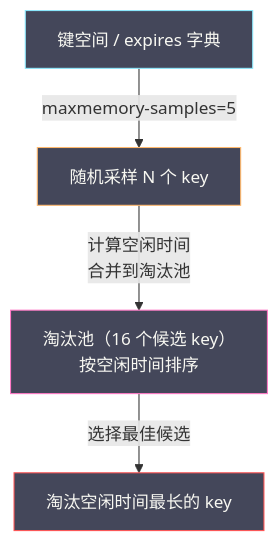
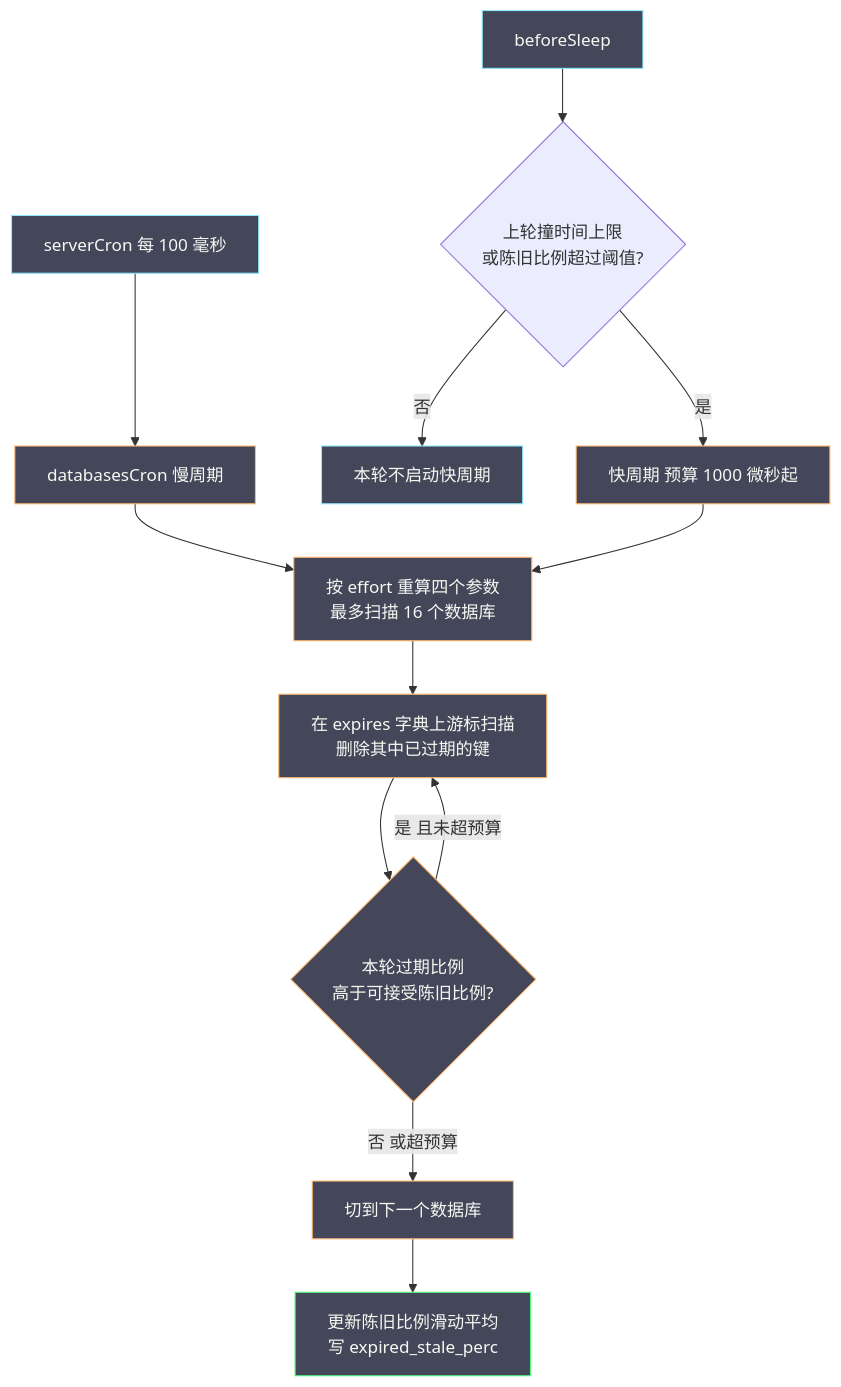
Before and after one commit to hpliStartAgain/my-brain: the sixth of 6 diagrams in content/中间件/Redis/Redis设计与实现/06 内存管理与过期淘汰策略.md, drawn with Mermaid. The commit also changed other lines of this file and 455 other files, not shown here.

````diff
--- a/content/中间件/Redis/Redis设计与实现/06 内存管理与过期淘汰策略.md
+++ b/content/中间件/Redis/Redis设计与实现/06 内存管理与过期淘汰策略.md
@@ -240,22 +550,22 @@
 ```mermaid
 %%{init: {'theme': 'dracula'}}%%
-graph TD
-    DICT["键空间 / expires 字典"]
-    SAMPLE["随机采样 N 个 key"]
-    POOL["淘汰池（16 个候选 key）</br>按空闲时间排序"]
-    EVICT["淘汰空闲时间最长的 key"]
+flowchart TD
+    S["serverCron 每 100 毫秒"] --> E["databasesCron 慢周期"]
+    A["beforeSleep"] --> B{"上轮撞时间上限<br/>或陈旧比例超过阈值?"}
+    B -->|"否"| C["本轮不启动快周期"]
+    B -->|"是"| D["快周期 预算 1000 微秒起"]
+    E --> F["按 effort 重算四个参数<br/>最多扫描 16 个数据库"]
+    D --> F
+    F --> G["在 expires 字典上游标扫描<br/>删除其中已过期的键"]
+    G --> H{"本轮过期比例<br/>高于可接受陈旧比例?"}
+    H -->|"是 且未超预算"| G
+    H -->|"否 或超预算"| I["切到下一个数据库"]
+    I --> J["更新陈旧比例滑动平均<br/>写 expired_stale_perc"]
 
-    DICT -->|"maxmemory-samples=5"| SAMPLE
-    SAMPLE -->|"计算空闲时间</br>合并到淘汰池"| POOL
-    POOL -->|"选择最佳候选"| EVICT
-
-    classDef dict fill:#44475a,stroke:#8be9fd,color:#f8f8f2
-    classDef sample fill:#44475a,stroke:#ffb86c,color:#f8f8f2
-    classDef pool fill:#44475a,stroke:#ff79c6,color:#f8f8f2
-    classDef evict fill:#44475a,stroke:#ff5555,color:#f8f8f2
-
-    class DICT dict
-    class SAMPLE sample
-    class POOL pool
-    class EVICT evict
+    classDef timer fill:#44475a,stroke:#8be9fd,color:#f8f8f2
+    classDef work fill:#44475a,stroke:#ffb86c,color:#f8f8f2
+    classDef stat fill:#44475a,stroke:#50fa7b,color:#f8f8f2
+    class S,A,C timer
+    class E,D,F,G,H,I work
+    class J stat
 ```
````
